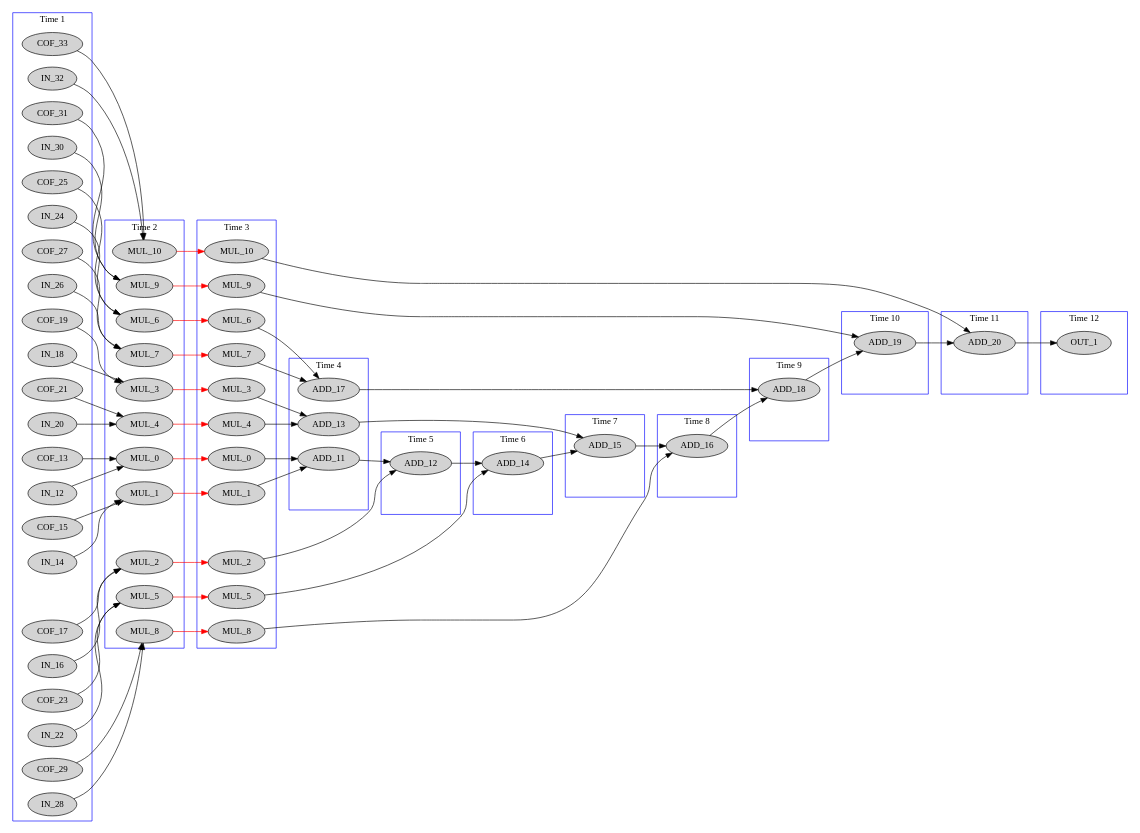
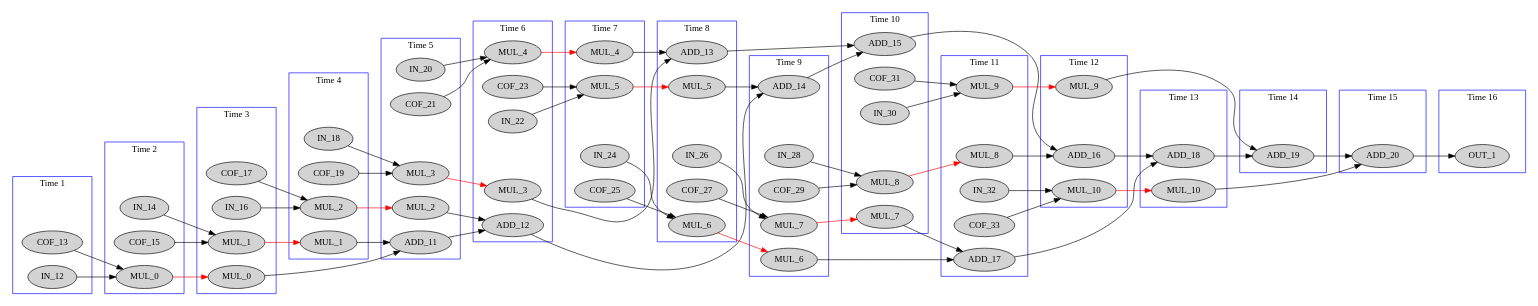
Before and after one commit to thegabriele97/TCL-Learning: the diagram in contest/WORK_ShyHLS/data/out/contest_fir.dot, drawn with Graphviz. The commit also changed 7 other files, not shown here.

```diff
--- a/contest/WORK_ShyHLS/data/out/contest_fir.dot
+++ b/contest/WORK_ShyHLS/data/out/contest_fir.dot
@@ -9,26 +9,6 @@
     pseudo_1 [style=invis];
     IN_12
     COF_13
-    IN_14
-    COF_15
-    IN_16
-    COF_17
-    IN_18
-    COF_19
-    IN_20
-    COF_21
-    IN_22
-    COF_23
-    IN_24
-    COF_25
-    IN_26
-    COF_27
-    IN_28
-    COF_29
-    IN_30
-    COF_31
-    IN_32
-    COF_33
   }
   subgraph cluster_2 {
     rank=same;
@@ -37,16 +17,8 @@
     color = blue;
     pseudo_2 [style=invis];
     MUL_0_0 [label=MUL_0]
-    MUL_1_0 [label=MUL_1]
-    MUL_2_0 [label=MUL_2]
-    MUL_3_0 [label=MUL_3]
-    MUL_4_0 [label=MUL_4]
-    MUL_5_0 [label=MUL_5]
-    MUL_6_0 [label=MUL_6]
-    MUL_7_0 [label=MUL_7]
-    MUL_8_0 [label=MUL_8]
-    MUL_9_0 [label=MUL_9]
-    MUL_10_0 [label=MUL_10]
+    IN_14
+    COF_15
   }
   subgraph cluster_3 {
     rank=same;
@@ -55,16 +27,9 @@
     color = blue;
     pseudo_3 [style=invis];
     MUL_0_1 [label=MUL_0]
-    MUL_1_1 [label=MUL_1]
-    MUL_2_1 [label=MUL_2]
-    MUL_3_1 [label=MUL_3]
-    MUL_4_1 [label=MUL_4]
-    MUL_5_1 [label=MUL_5]
-    MUL_6_1 [label=MUL_6]
-    MUL_7_1 [label=MUL_7]
-    MUL_8_1 [label=MUL_8]
-    MUL_9_1 [label=MUL_9]
-    MUL_10_1 [label=MUL_10]
+    MUL_1_0 [label=MUL_1]
+    IN_16
+    COF_17
   }
   subgraph cluster_4 {
     rank=same;
@@ -72,9 +37,10 @@
     label = "Time 4";
     color = blue;
     pseudo_4 [style=invis];
-    ADD_11
-    ADD_13
-    ADD_17
+    MUL_1_1 [label=MUL_1]
+    MUL_2_0 [label=MUL_2]
+    IN_18
+    COF_19
   }
   subgraph cluster_5 {
     rank=same;
@@ -82,7 +48,11 @@
     label = "Time 5";
     color = blue;
     pseudo_5 [style=invis];
-    ADD_12
+    MUL_2_1 [label=MUL_2]
+    MUL_3_0 [label=MUL_3]
+    ADD_11
+    IN_20
+    COF_21
   }
   subgraph cluster_6 {
     rank=same;
@@ -90,7 +60,11 @@
     label = "Time 6";
     color = blue;
     pseudo_6 [style=invis];
-    ADD_14
+    MUL_3_1 [label=MUL_3]
+    MUL_4_0 [label=MUL_4]
+    ADD_12
+    IN_22
+    COF_23
   }
   subgraph cluster_7 {
     rank=same;
@@ -98,7 +72,10 @@
     label = "Time 7";
     color = blue;
     pseudo_7 [style=invis];
-    ADD_15
+    MUL_4_1 [label=MUL_4]
+    MUL_5_0 [label=MUL_5]
+    IN_24
+    COF_25
   }
   subgraph cluster_8 {
     rank=same;
@@ -106,7 +83,11 @@
     label = "Time 8";
     color = blue;
     pseudo_8 [style=invis];
-    ADD_16
+    MUL_5_1 [label=MUL_5]
+    MUL_6_0 [label=MUL_6]
+    ADD_13
+    IN_26
+    COF_27
   }
   subgraph cluster_9 {
     rank=same;
@@ -114,7 +95,11 @@
     label = "Time 9";
     color = blue;
     pseudo_9 [style=invis];
-    ADD_18
+    MUL_6_1 [label=MUL_6]
+    MUL_7_0 [label=MUL_7]
+    ADD_14
+    IN_28
+    COF_29
   }
   subgraph cluster_10 {
     rank=same;
@@ -122,7 +107,11 @@
     label = "Time 10";
     color = blue;
     pseudo_10 [style=invis];
-    ADD_19
+    MUL_7_1 [label=MUL_7]
+    MUL_8_0 [label=MUL_8]
+    ADD_15
+    IN_30
+    COF_31
   }
   subgraph cluster_11 {
     rank=same;
@@ -130,7 +119,11 @@
     label = "Time 11";
     color = blue;
     pseudo_11 [style=invis];
-    ADD_20
+    MUL_8_1 [label=MUL_8]
+    MUL_9_0 [label=MUL_9]
+    ADD_17
+    IN_32
+    COF_33
   }
   subgraph cluster_12 {
     rank=same;
@@ -138,6 +131,41 @@
     label = "Time 12";
     color = blue;
     pseudo_12 [style=invis];
+    MUL_9_1 [label=MUL_9]
+    MUL_10_0 [label=MUL_10]
+    ADD_16
+  }
+  subgraph cluster_13 {
+    rank=same;
+    node [style=filled];
+    label = "Time 13";
+    color = blue;
+    pseudo_13 [style=invis];
+    MUL_10_1 [label=MUL_10]
+    ADD_18
+  }
+  subgraph cluster_14 {
+    rank=same;
+    node [style=filled];
+    label = "Time 14";
+    color = blue;
+    pseudo_14 [style=invis];
+    ADD_19
+  }
+  subgraph cluster_15 {
+    rank=same;
+    node [style=filled];
+    label = "Time 15";
+    color = blue;
+    pseudo_15 [style=invis];
+    ADD_20
+  }
+  subgraph cluster_16 {
+    rank=same;
+    node [style=filled];
+    label = "Time 16";
+    color = blue;
+    pseudo_16 [style=invis];
     OUT_1
   }
     pseudo_1->pseudo_2 [style=invis];
@@ -151,6 +179,10 @@
     pseudo_9->pseudo_10 [style=invis];
     pseudo_10->pseudo_11 [style=invis];
     pseudo_11->pseudo_12 [style=invis];
+    pseudo_12->pseudo_13 [style=invis];
+    pseudo_13->pseudo_14 [style=invis];
+    pseudo_14->pseudo_15 [style=invis];
+    pseudo_15->pseudo_16 [style=invis];
     MUL_0_0 -> MUL_0_1 [color=red];
     MUL_1_0 -> MUL_1_1 [color=red];
     MUL_2_0 -> MUL_2_1 [color=red];
```
